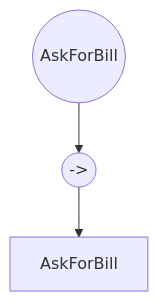
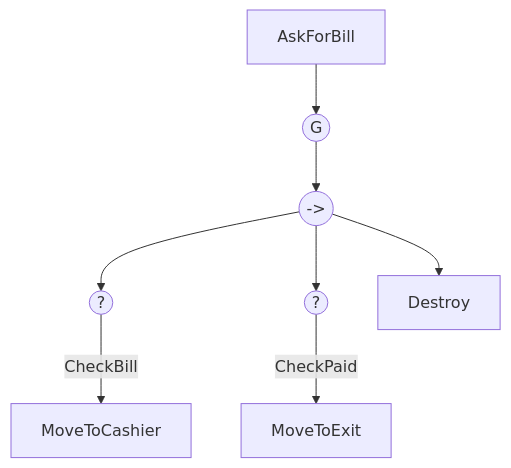
The fifth of 5 diagrams in README.md (LauraWangQiu/IAV24-WangQiu), drawn with Mermaid before and after one commit. The commit also changed other lines of this file, not shown here.

````diff
--- a/README.md
+++ b/README.md
@@ -133,5 +140,10 @@
 ```mermaid
 flowchart TD
-    A(("AskForBill")) --> B(("->"))
-    B -->C[AskForBill]
+    Z[AskForBill] -->A
+    A(("G")) --> B(("->"))
+    B -->C(("?"))
+    B -->D(("?"))
+    B -->E[Destroy]
+    C -->|CheckBill| F[MoveToCashier]
+    D -->|CheckPaid| G[MoveToExit]
 ```
````
